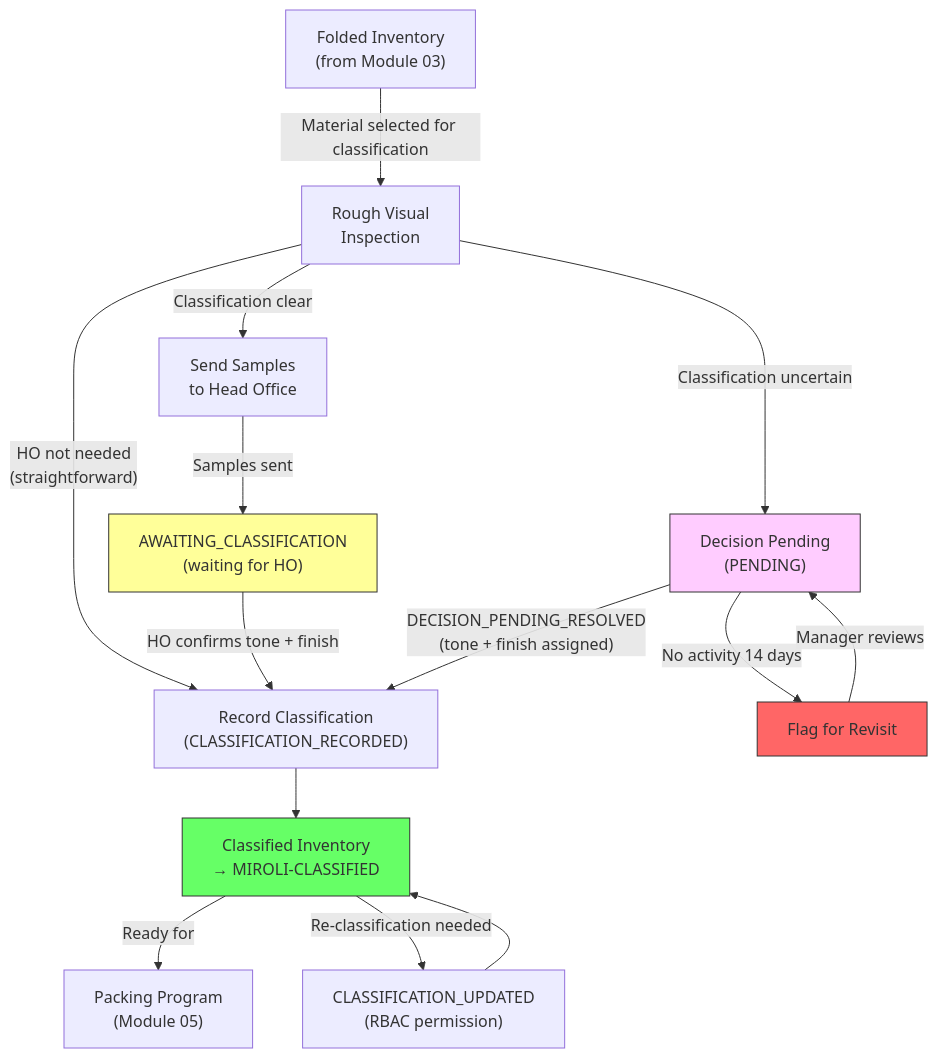
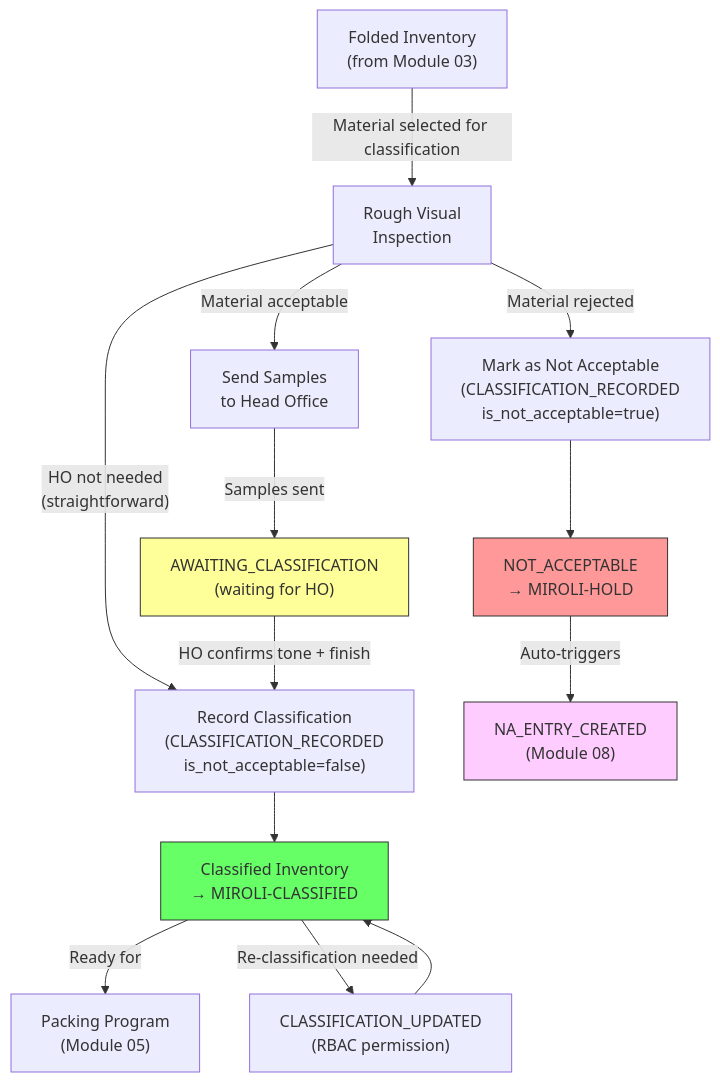
The diagram in 40-solution-design/rg-faith-miroli/04-quality-grading.md (jetbrodocs/docs-rg-faith), drawn with Mermaid before and after one commit. The commit also changed other lines of this file and 7 other files, not shown here.

First line of the commit message:
Redesign NOT_ACCEPTABLE workflow from packing to classification

````diff
--- a/40-solution-design/rg-faith-miroli/04-quality-grading.md
+++ b/40-solution-design/rg-faith-miroli/04-quality-grading.md
@@ -408,27 +281,25 @@
 ```mermaid
 flowchart TD
     A["Folded Inventory\n(from Module 03)"] -->|"Material selected for classification"| B["Rough Visual\nInspection"]
-    B -->|"Classification clear"| C["Send Samples\nto Head Office"]
-    B -->|"Classification uncertain"| D["Decision Pending\n(PENDING)"]
+    B -->|"Material acceptable"| C["Send Samples\nto Head Office"]
+    B -->|"Material rejected"| D["Mark as Not Acceptable\n(CLASSIFICATION_RECORDED\nis_not_acceptable=true)"]
     B -->|"HO not needed\n(straightforward)"| F
 
     C -->|"Samples sent"| E["AWAITING_CLASSIFICATION\n(waiting for HO)"]
-    E -->|"HO confirms tone + finish"| F["Record Classification\n(CLASSIFICATION_RECORDED)"]
+    E -->|"HO confirms tone + finish"| F["Record Classification\n(CLASSIFICATION_RECORDED\nis_not_acceptable=false)"]
 
     F --> G["Classified Inventory\n→ MIROLI-CLASSIFIED"]
 
-    D -->|"DECISION_PENDING_RESOLVED\n(tone + finish assigned)"| F
+    D --> I["NOT_ACCEPTABLE\n→ MIROLI-HOLD"]
+    I -->|"Auto-triggers"| J["NA_ENTRY_CREATED\n(Module 08)"]
 
     G -->|"Ready for"| H["Packing Program\n(Module 05)"]
-
-    D -->|"No activity 14 days"| K["Flag for Revisit"]
-    K -->|"Manager reviews"| D
 
     G -->|"Re-classification needed"| L["CLASSIFICATION_UPDATED\n(RBAC permission)"]
     L --> G
 
     style G fill:#6f6,stroke:#333
     style E fill:#ff9,stroke:#333
-    style D fill:#fcf,stroke:#333
-    style K fill:#f66,stroke:#333
+    style I fill:#f99,stroke:#333
+    style J fill:#fcf,stroke:#333
 ```
````
